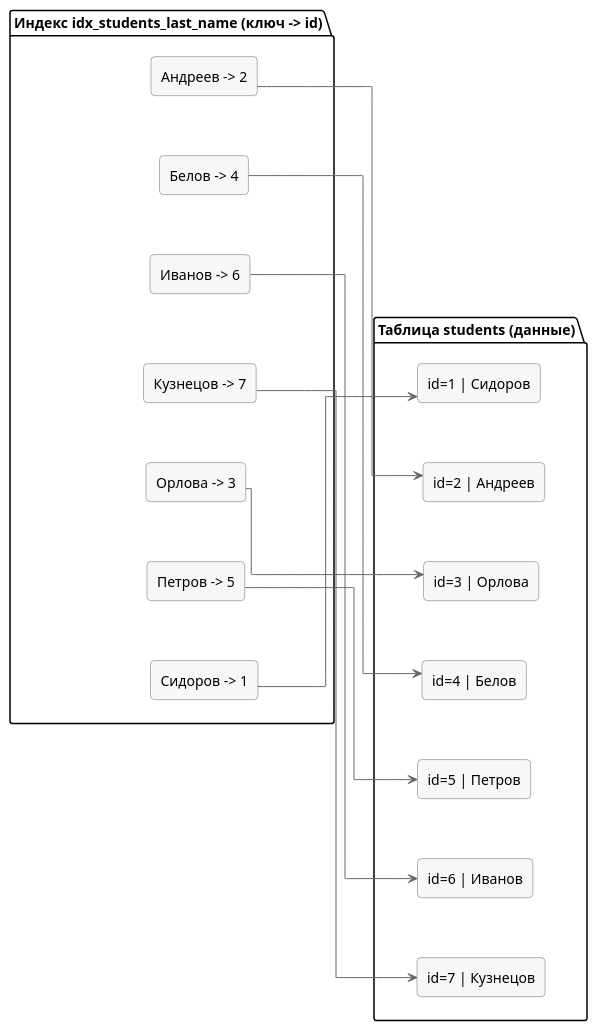
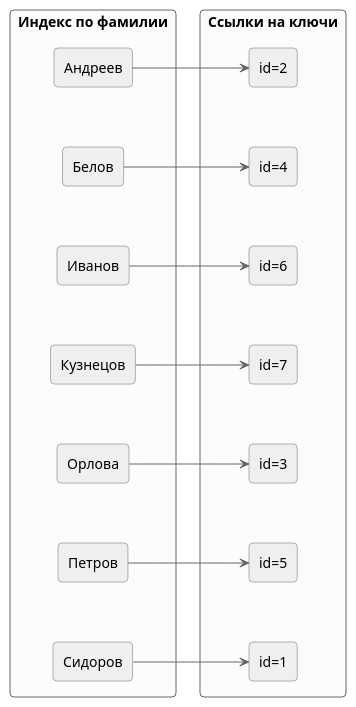
Before and after one commit to vshp-online/it.vshp.online: the diagram in disciplines/it03/lectures/includes/index_surname_id_example.plantuml, drawn with PlantUML. The commit also changed 2 other files, not shown here.

Commit message:
Доработал лекцию ИТ.03-20: уточнил примеры индексов и обновил схемы

```diff
--- a/disciplines/it03/lectures/includes/index_surname_id_example.plantuml
+++ b/disciplines/it03/lectures/includes/index_surname_id_example.plantuml
@@ -1,55 +1,53 @@
 @startuml Пример таблицы и индекса по фамилии
 top to bottom direction
-skinparam defaultTextAlignment left
 skinparam linetype ortho
+skinparam defaultTextAlignment center
 skinparam rectangle {
-  BackgroundColor #F7F7F7
+  BackgroundColor #efefef
   BorderColor #666666
   RoundCorner 8
 }
 skinparam ArrowColor #666666
 
-package "Таблица students (данные)" as PT {
-  rectangle "id=1 | Сидоров" as T1
-  rectangle "id=2 | Андреев" as T2
-  rectangle "id=3 | Орлова" as T3
-  rectangle "id=4 | Белов" as T4
-  rectangle "id=5 | Петров" as T5
-  rectangle "id=6 | Иванов" as T6
-  rectangle "id=7 | Кузнецов" as T7
+rectangle "Индекс по фамилии" as IDX #fcfcfc {
+  rectangle "Андреев" as L1
+  rectangle "Белов" as L2
+  rectangle "Иванов" as L3
+  rectangle "Кузнецов" as L4
+  rectangle "Орлова" as L5
+  rectangle "Петров" as L6
+  rectangle "Сидоров" as L7
 
-  T1 -[hidden]down-> T2
-  T2 -[hidden]down-> T3
-  T3 -[hidden]down-> T4
-  T4 -[hidden]down-> T5
-  T5 -[hidden]down-> T6
-  T6 -[hidden]down-> T7
+  L1 -[hidden]down-> L2
+  L2 -[hidden]down-> L3
+  L3 -[hidden]down-> L4
+  L4 -[hidden]down-> L5
+  L5 -[hidden]down-> L6
+  L6 -[hidden]down-> L7
 }
 
-package "Индекс idx_students_last_name (ключ -> id)" as PI {
-  rectangle "Андреев -> 2" as I1
-  rectangle "Белов -> 4" as I2
-  rectangle "Иванов -> 6" as I3
-  rectangle "Кузнецов -> 7" as I4
-  rectangle "Орлова -> 3" as I5
-  rectangle "Петров -> 5" as I6
-  rectangle "Сидоров -> 1" as I7
+rectangle "Ссылки на ключи" as TBL #fcfcfc {
+  rectangle "id=2" as R1
+  rectangle "id=4" as R2
+  rectangle "id=6" as R3
+  rectangle "id=7" as R4
+  rectangle "id=3" as R5
+  rectangle "id=5" as R6
+  rectangle "id=1" as R7
 
-  I1 -[hidden]down-> I2
-  I2 -[hidden]down-> I3
-  I3 -[hidden]down-> I4
-  I4 -[hidden]down-> I5
-  I5 -[hidden]down-> I6
-  I6 -[hidden]down-> I7
+  R1 -[hidden]down-> R2
+  R2 -[hidden]down-> R3
+  R3 -[hidden]down-> R4
+  R4 -[hidden]down-> R5
+  R5 -[hidden]down-> R6
+  R6 -[hidden]down-> R7
 }
 
-PT -[hidden]right-> PI
-
-I1 --> T2
-I2 --> T4
-I3 --> T6
-I4 --> T7
-I5 --> T3
-I6 --> T5
-I7 --> T1
+L1 -[norank]-> R1
+L2 -[norank]-> R2
+L3 -[norank]-> R3
+L4 -[norank]-> R4
+L5 -[norank]-> R5
+L6 -[norank]-> R6
+L7 -[norank]-> R7
 @enduml
```
